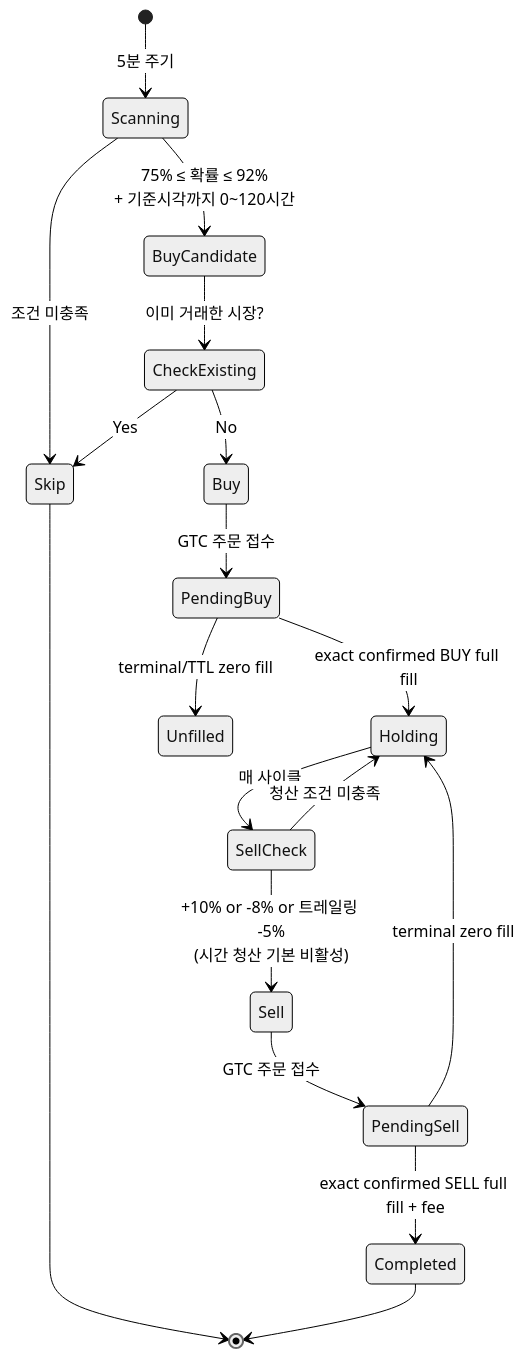
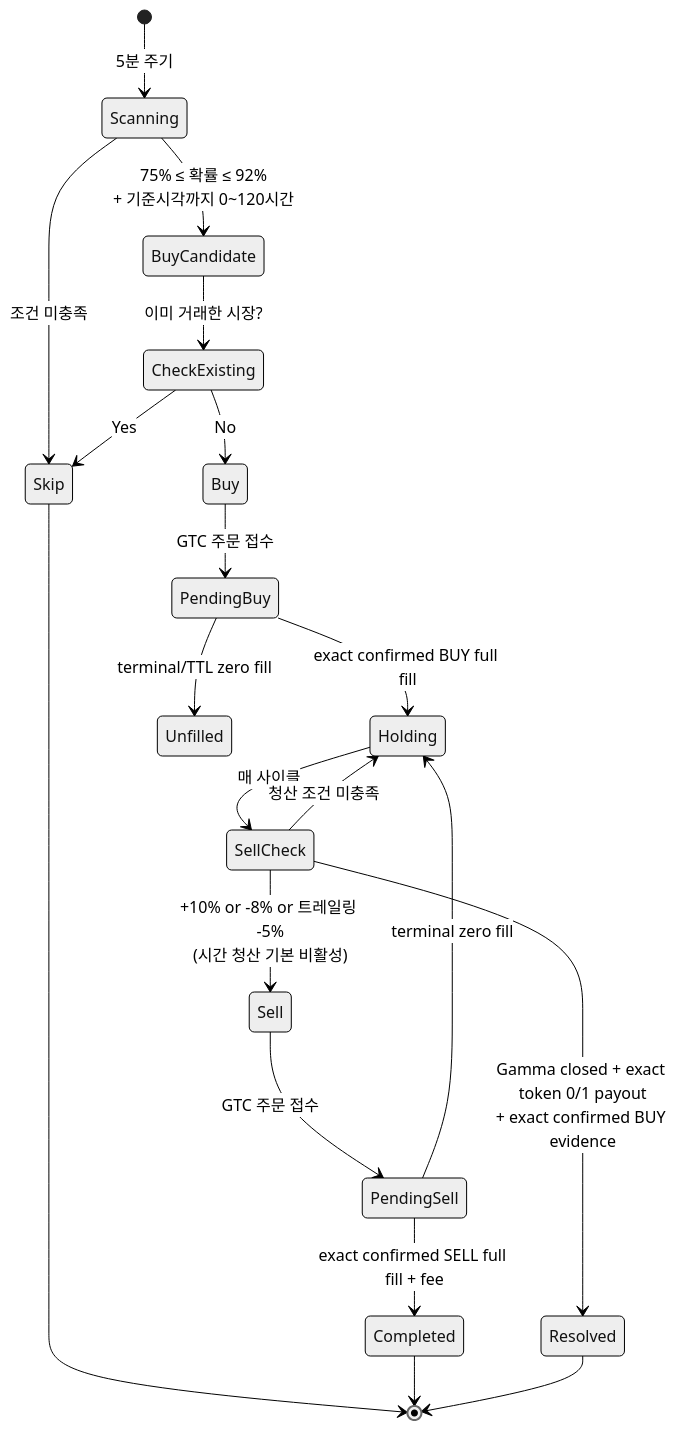
The second of 2 diagrams in golden-cherry/README.md (izowooi/golden-burger), drawn with Mermaid (neutral theme) before and after one commit. The commit also changed other lines of this file and 13 other files, not shown here.

````diff
--- a/golden-cherry/README.md
+++ b/golden-cherry/README.md
@@ -43,26 +43,28 @@
 ```mermaid
 stateDiagram-v2
     [*] --> Scanning: 5분 주기
 
     Scanning --> BuyCandidate: 75% ≤ 확률 ≤ 92%<br/>+ 기준시각까지 0~120시간
     Scanning --> Skip: 조건 미충족
 
     BuyCandidate --> CheckExisting: 이미 거래한 시장?
     CheckExisting --> Skip: Yes
     CheckExisting --> Buy: No
 
     Buy --> PendingBuy: GTC 주문 접수
     PendingBuy --> Holding: exact confirmed BUY full fill
     PendingBuy --> Unfilled: terminal/TTL zero fill
 
     Holding --> SellCheck: 매 사이클
     SellCheck --> Holding: 청산 조건 미충족
     SellCheck --> Sell: +10% or -8% or 트레일링 -5%<br/>(시간 청산 기본 비활성)
+    SellCheck --> Resolved: Gamma closed + exact token 0/1 payout<br/>+ exact confirmed BUY evidence
 
     Sell --> PendingSell: GTC 주문 접수
     PendingSell --> Completed: exact confirmed SELL full fill + fee
     PendingSell --> Holding: terminal zero fill
 
     Skip --> [*]
     Completed --> [*]
+    Resolved --> [*]
 ```
````
